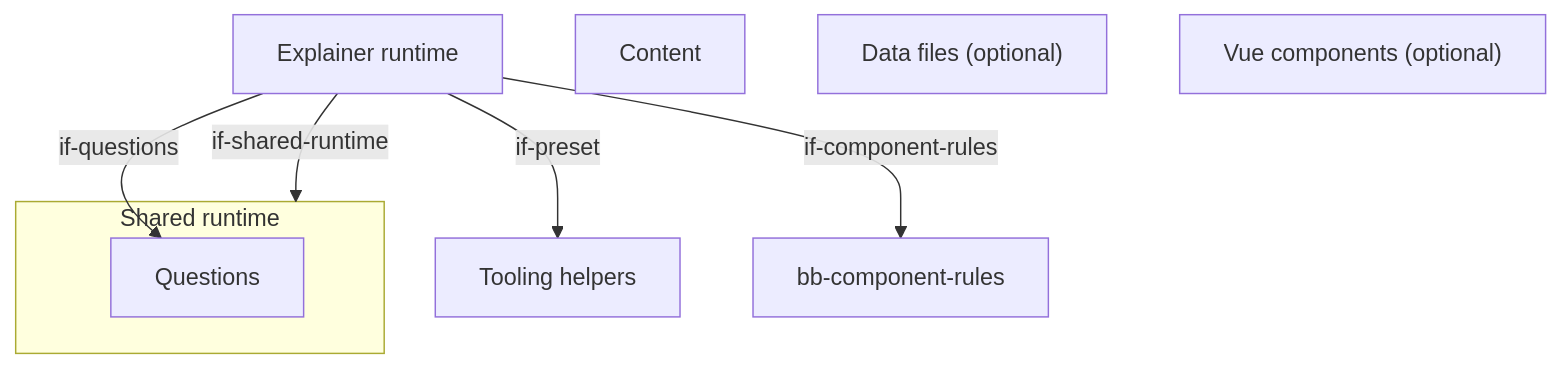
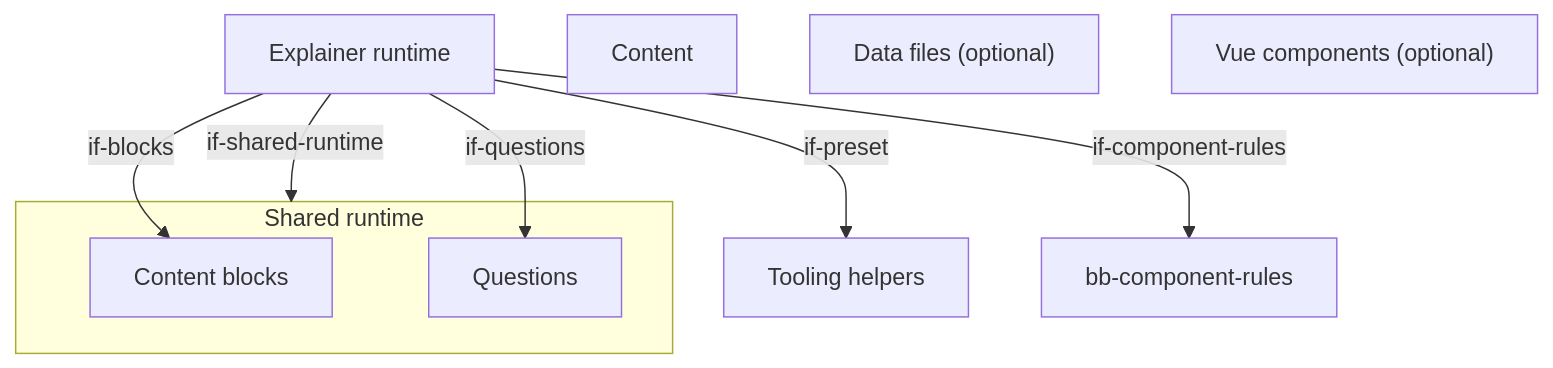
One commit to lernapps/app-templates changed the first of 2 diagrams in explainer/docs/arc42/05-explainer-building-blocks.arc42.md. Above: the diagram before and after it, drawn with Mermaid. The commit also changed other lines of this file and 65 other files, not shown here.

First line of the commit message:
feat: a question shows content: material, with the blocks both archetypes share

````diff
--- a/explainer/docs/arc42/05-explainer-building-blocks.arc42.md
+++ b/explainer/docs/arc42/05-explainer-building-blocks.arc42.md
@@ -22,15 +22,17 @@
 ```mermaid
 flowchart TB
     bb-tooling["Tooling helpers"]
     bb-archetype-runtime["Explainer runtime"]
     subgraph bb-runtime["Shared runtime"]
+        bb-blocks["Content blocks"]
         bb-questions["Questions"]
     end
     bb-explainer-content["Content"]
     bb-explainer-data["Data files (optional)"]
     bb-explainer-components["Vue components (optional)"]
     bb-archetype-runtime -->|"if-shared-runtime"| bb-runtime
     bb-archetype-runtime -->|"if-questions"| bb-questions
+    bb-archetype-runtime -->|"if-blocks"| bb-blocks
     bb-archetype-runtime -->|"if-component-rules"| bb-component-rules
     bb-archetype-runtime -->|"if-preset"| bb-tooling
 ```
````
